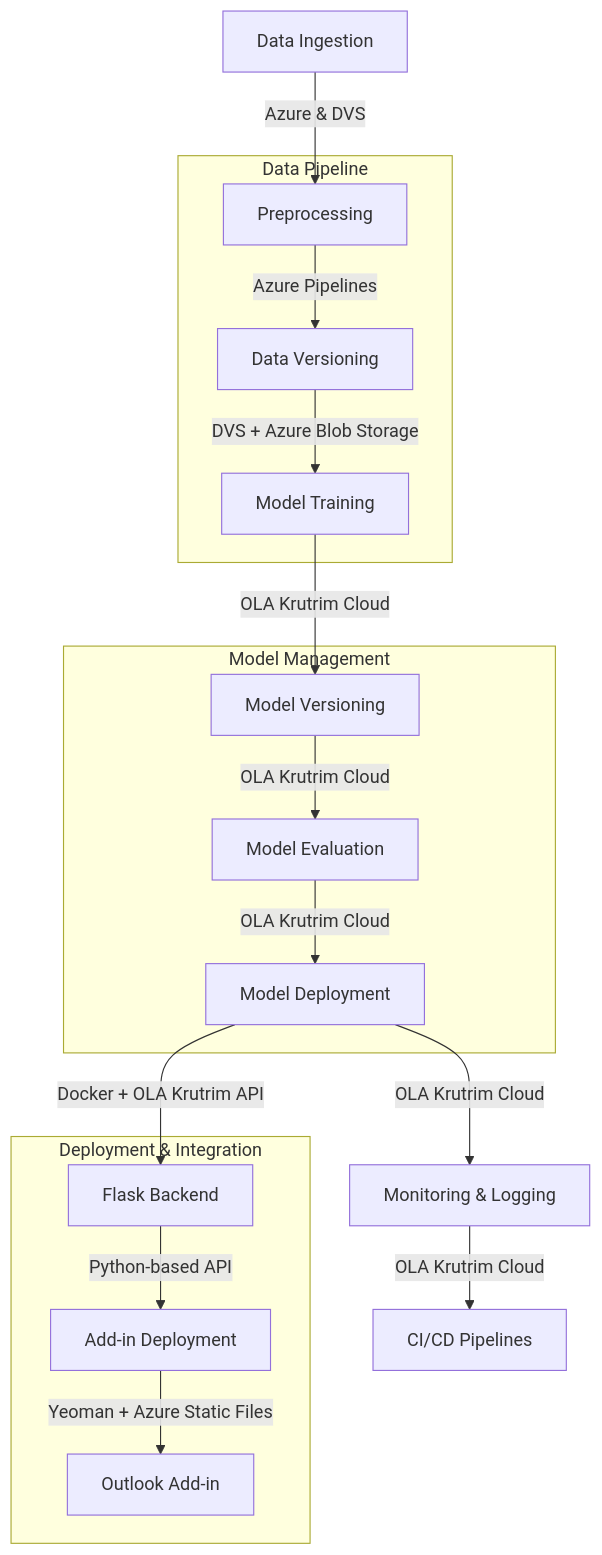
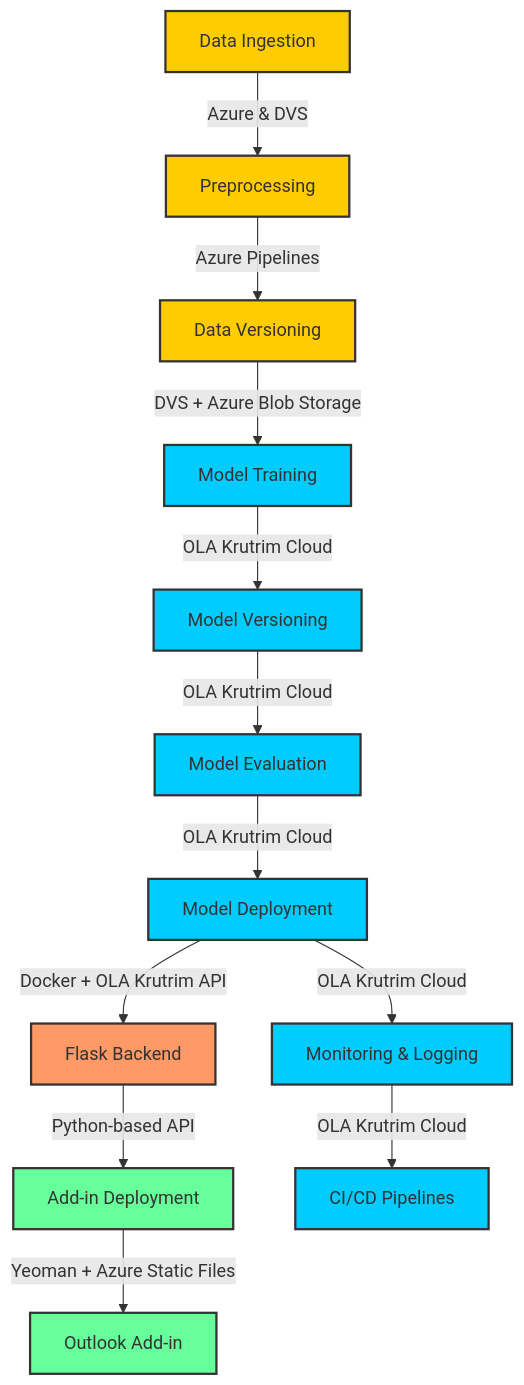
The diagram in README.md (astro215/Auto-Processing-of-Emails), drawn with Mermaid before and after one commit.

````diff
--- a/README.md
+++ b/README.md
@@ -7,27 +7,31 @@
 ```mermaid
 
 graph TD
     A[Data Ingestion] -->|Azure & DVS| B[Preprocessing]
-    
-    subgraph Data Pipeline
-        B -->|Azure Pipelines| C[Data Versioning]
-        C -->|DVS + Azure Blob Storage| D[Model Training]
-    end
-    
-    subgraph Model Management
-        D -->|OLA Krutrim Cloud| E[Model Versioning]
-        E -->|OLA Krutrim Cloud| F[Model Evaluation]
-        F -->|OLA Krutrim Cloud| G[Model Deployment]
-    end
-    
-    subgraph Deployment & Integration
-        G -->|Docker + OLA Krutrim API| H[Flask Backend]
-        H -->|Python-based API| I[Add-in Deployment]
-        I -->|Yeoman + Azure Static Files| J[Outlook Add-in]
-    end
-    
+    B -->|Azure Pipelines| C[Data Versioning]
+    C -->|DVS + Azure Blob Storage| D[Model Training]
+    D -->|OLA Krutrim Cloud| E[Model Versioning]
+    E -->|OLA Krutrim Cloud| F[Model Evaluation]
+    F -->|OLA Krutrim Cloud| G[Model Deployment]
+    G -->|Docker + OLA Krutrim API| H[Flask Backend]
+    H -->|Python-based API| I[Add-in Deployment]
+    I -->|Yeoman + Azure Static Files| J[Outlook Add-in]
     G -->|OLA Krutrim Cloud| K[Monitoring & Logging]
     K -->|OLA Krutrim Cloud| L[CI/CD Pipelines]
 
+    style A fill:#ffcc00,stroke:#333,stroke-width:2px;
+    style B fill:#ffcc00,stroke:#333,stroke-width:2px;
+    style C fill:#ffcc00,stroke:#333,stroke-width:2px;
+    style D fill:#00ccff,stroke:#333,stroke-width:2px;
+    style E fill:#00ccff,stroke:#333,stroke-width:2px;
+    style F fill:#00ccff,stroke:#333,stroke-width:2px;
+    style G fill:#00ccff,stroke:#333,stroke-width:2px;
+    style H fill:#ff9966,stroke:#333,stroke-width:2px;
+    style I fill:#66ff99,stroke:#333,stroke-width:2px;
+    style J fill:#66ff99,stroke:#333,stroke-width:2px;
+    style K fill:#00ccff,stroke:#333,stroke-width:2px;
+    style L fill:#00ccff,stroke:#333,stroke-width:2px;
+
+
 
 ```
````
